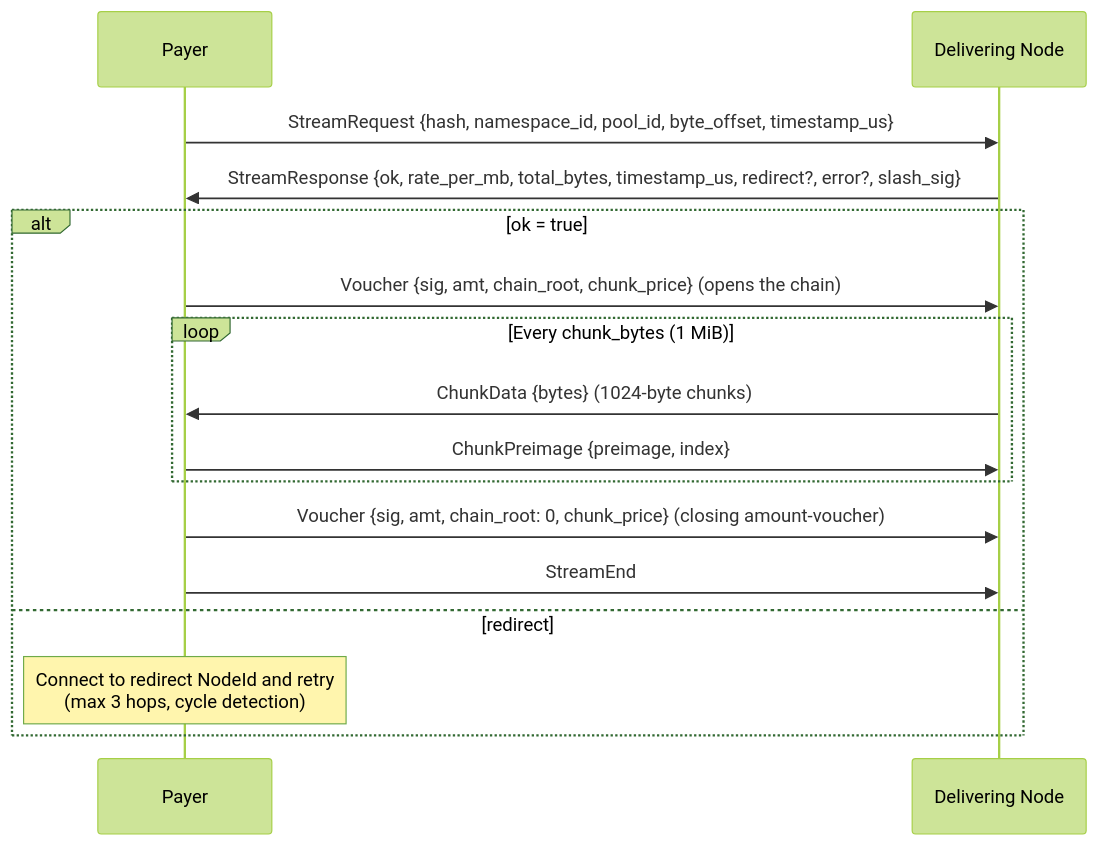
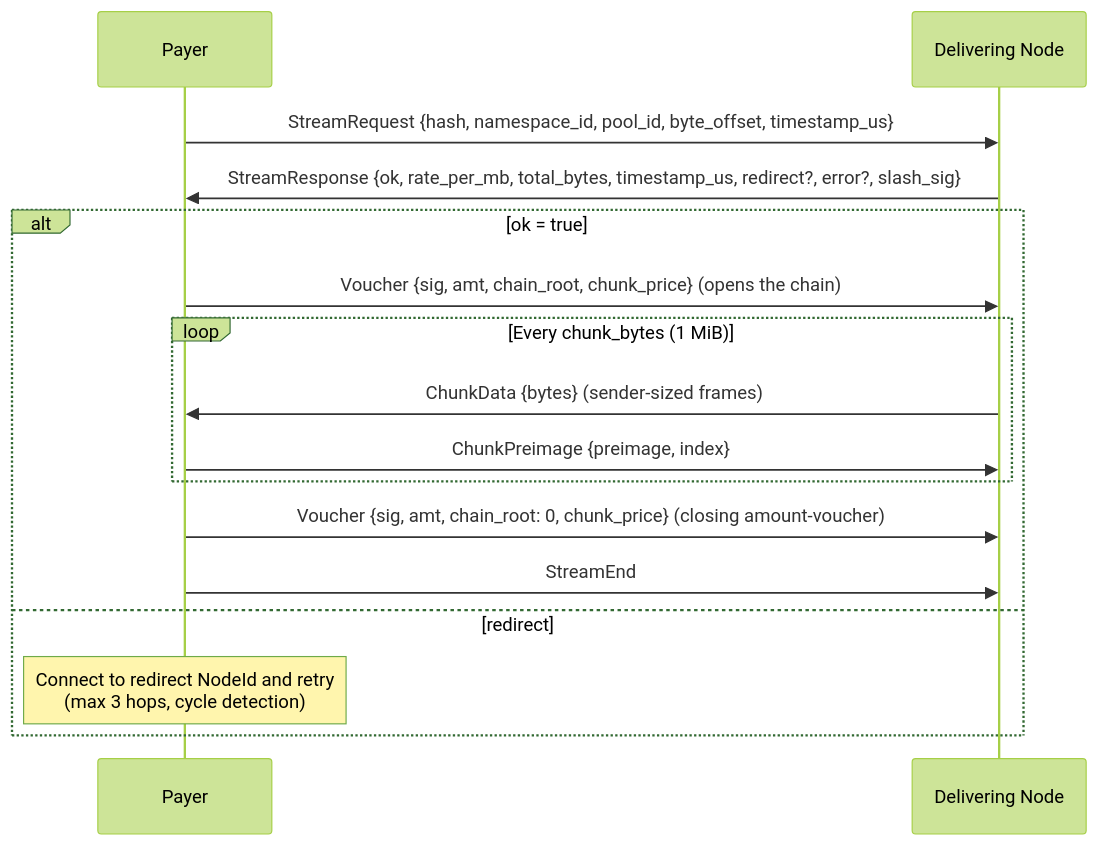
One commit to decdn/decdn changed the second of 3 diagrams in adr/005-protocol.md. Above: the diagram before and after it, drawn with Mermaid (forest theme). The commit also changed other lines of this file and 24 other files, not shown here.

````diff
--- a/adr/005-protocol.md
+++ b/adr/005-protocol.md
@@ -104,20 +104,20 @@
 ```mermaid
 sequenceDiagram
     participant P as Payer
     participant D as Delivering Node
 
     P->>D: StreamRequest {hash, namespace_id, pool_id, byte_offset, timestamp_us}
     D->>P: StreamResponse {ok, rate_per_mb, total_bytes, timestamp_us, redirect?, error?, slash_sig}
 
     alt ok = true
         P->>D: Voucher {sig, amt, chain_root, chunk_price} (opens the chain)
         loop Every chunk_bytes (1 MiB)
-            D->>P: ChunkData {bytes} (1024-byte chunks)
+            D->>P: ChunkData {bytes} (sender-sized frames)
             P->>D: ChunkPreimage {preimage, index}
         end
         P->>D: Voucher {sig, amt, chain_root: 0, chunk_price} (closing amount-voucher)
         P->>D: StreamEnd
     else redirect
         Note over P: Connect to redirect NodeId and retry<br/>(max 3 hops, cycle detection)
     end
 ```
````
